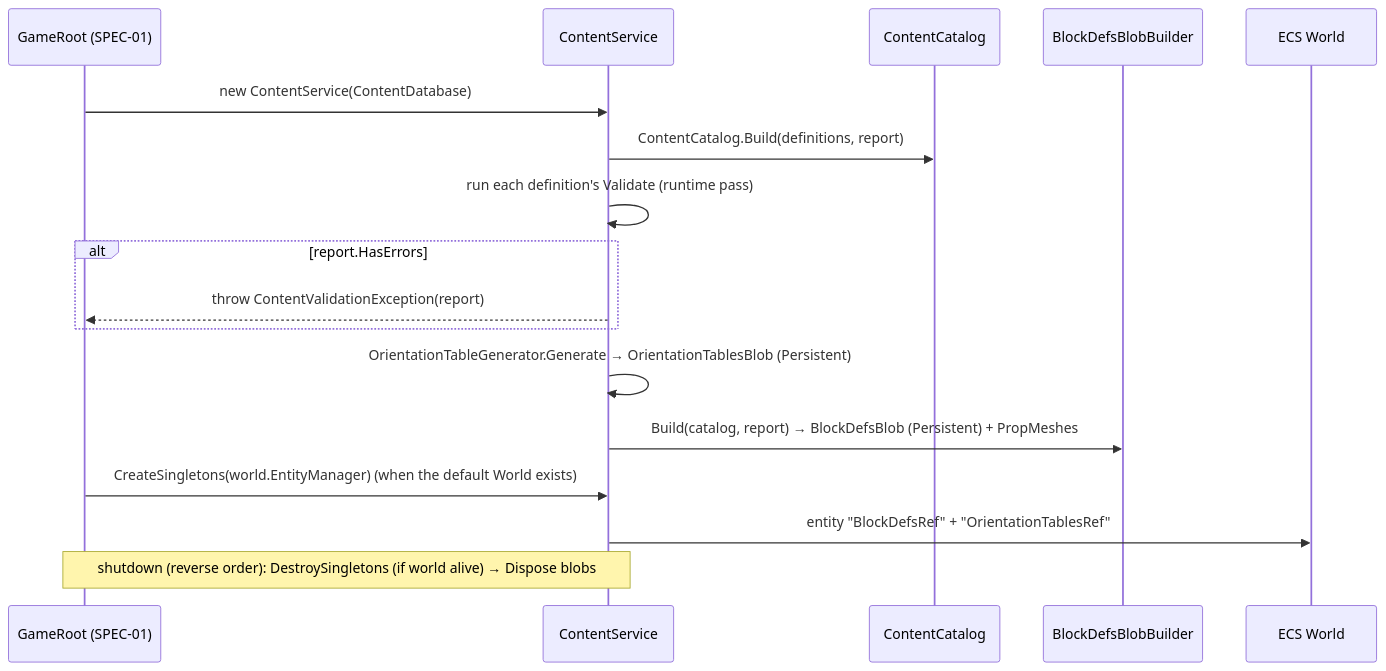
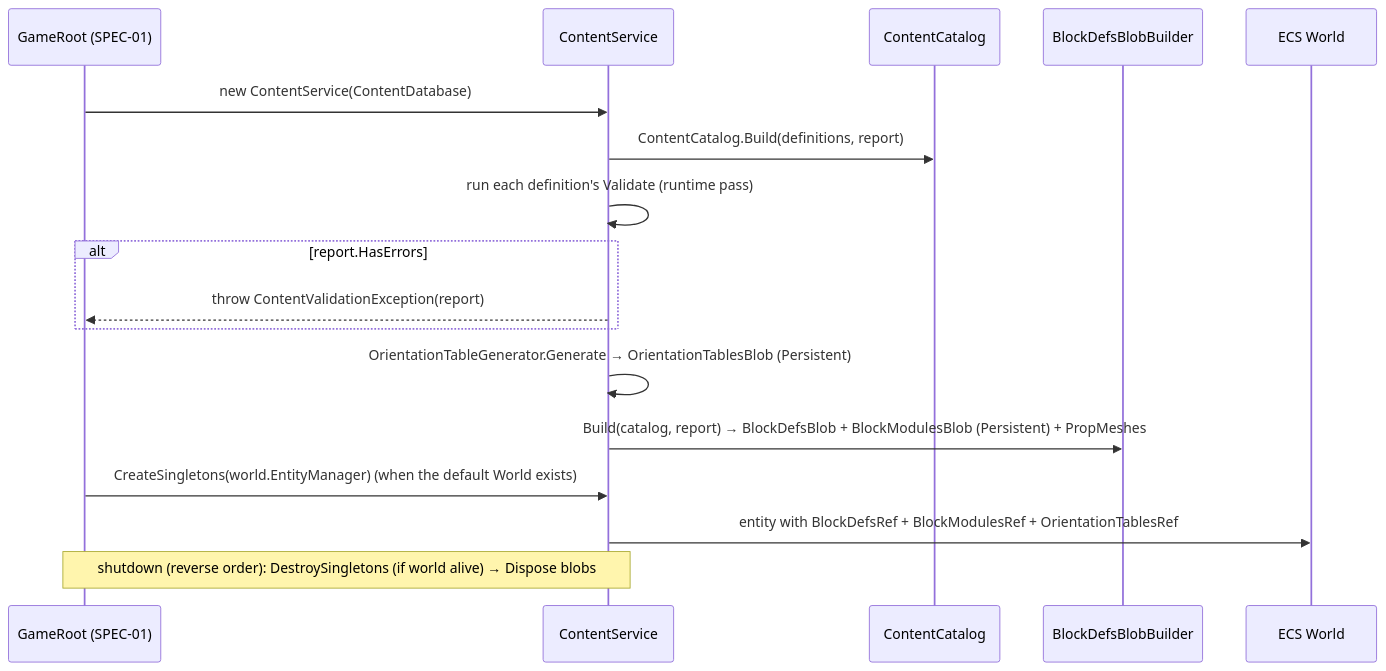
Before and after one commit to frankev6/voxel-spacegame: the first of 2 diagrams in docs/specs/SPEC-04-content-and-blocks.md, drawn with Mermaid. The commit also changed other lines of this file and 12 other files, not shown here.

Commit message:
X1 + X11 (ADR-0013): block functions become composable modules (BlockModule, BlockModuleId, BlockModulesBlob, BlockCategory, BlockStatMath); FunctionKind/FunctionParams/UtilityKind removed; spawn prototypes per module mask; portal and prismatic mirrors migrate as props

````diff
--- a/docs/specs/SPEC-04-content-and-blocks.md
+++ b/docs/specs/SPEC-04-content-and-blocks.md
@@ -657,19 +721,19 @@
 ```mermaid
 sequenceDiagram
     participant GR as GameRoot (SPEC-01)
     participant CS as ContentService
     participant CC as ContentCatalog
     participant BB as BlockDefsBlobBuilder
     participant W as ECS World
     GR->>CS: new ContentService(ContentDatabase)
     CS->>CC: ContentCatalog.Build(definitions, report)
     CS->>CS: run each definition's Validate (runtime pass)
     alt report.HasErrors
         CS-->>GR: throw ContentValidationException(report)
     end
     CS->>CS: OrientationTableGenerator.Generate → OrientationTablesBlob (Persistent)
-    CS->>BB: Build(catalog, report) → BlockDefsBlob (Persistent) + PropMeshes
+    CS->>BB: Build(catalog, report) → BlockDefsBlob + BlockModulesBlob (Persistent) + PropMeshes
     GR->>CS: CreateSingletons(world.EntityManager) (when the default World exists)
-    CS->>W: entity "BlockDefsRef" + "OrientationTablesRef"
+    CS->>W: entity with BlockDefsRef + BlockModulesRef + OrientationTablesRef
     Note over GR,CS: shutdown (reverse order): DestroySingletons (if world alive) → Dispose blobs
 ```
````
